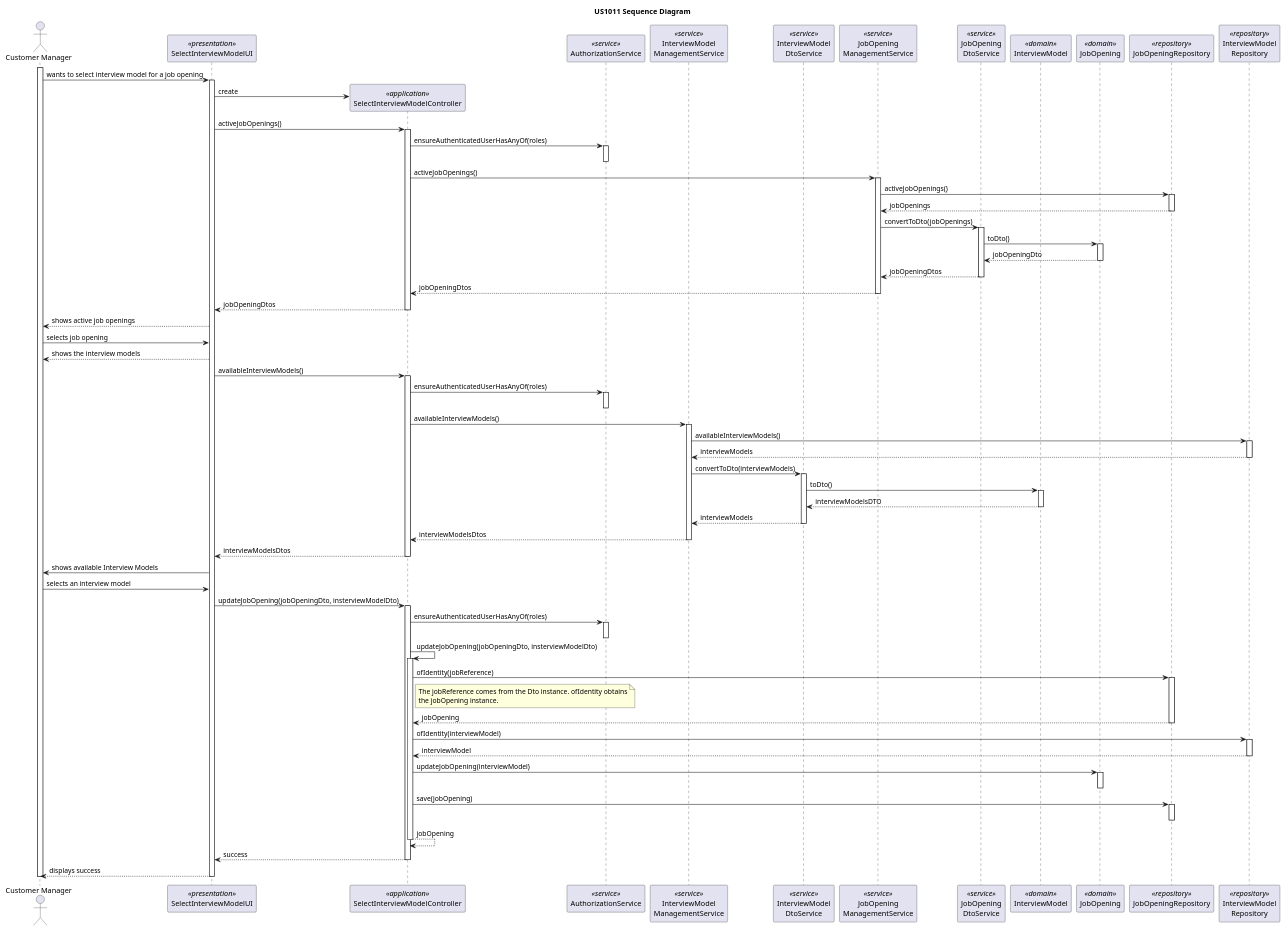
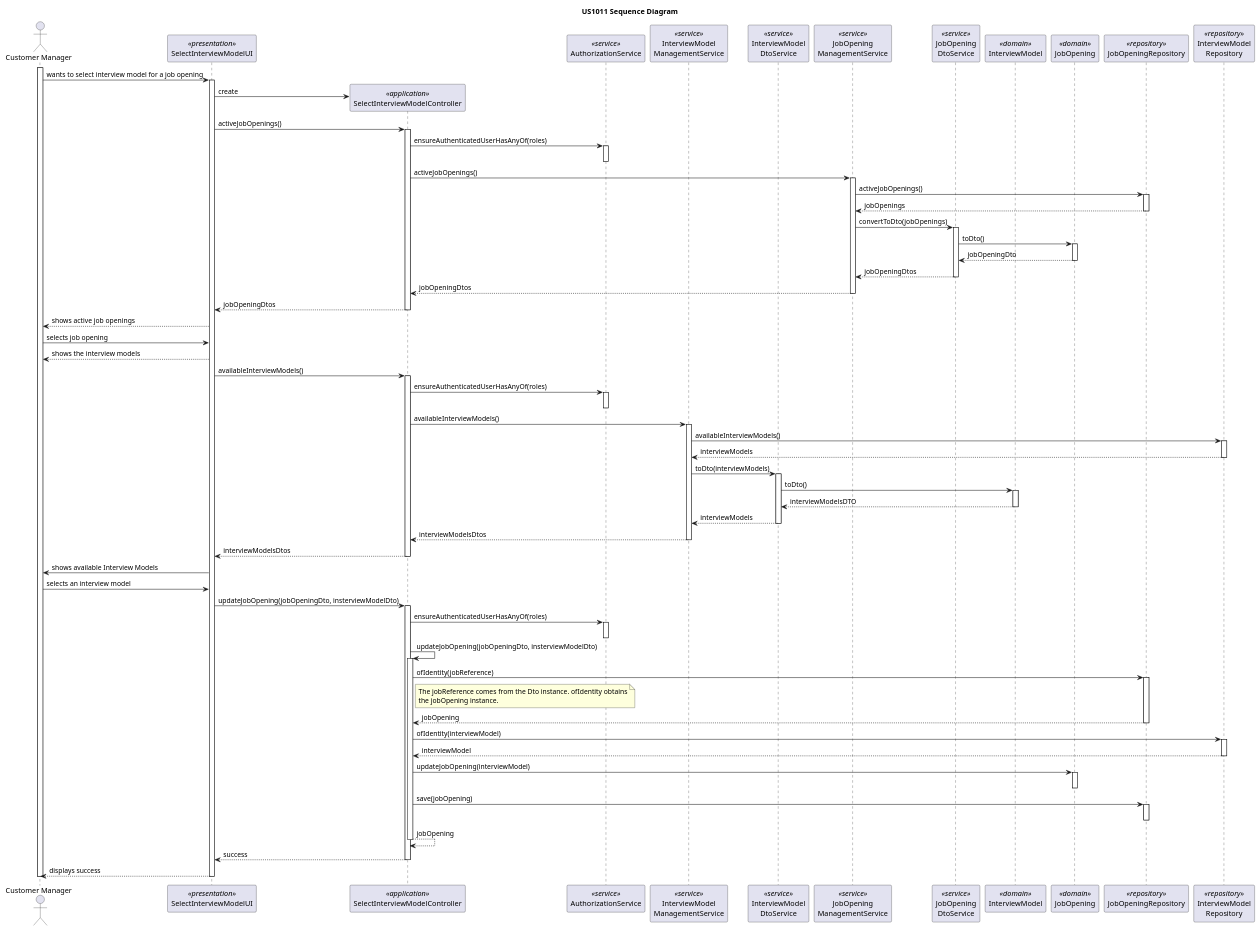
The diagram in docs/sb_us_1011/US1011_SD/sd-us-1011.puml (rita-barbosa/LAPR4-2324), drawn with PlantUML before and after one commit. The commit also changed 7 other files, not shown here.

```diff
--- a/docs/sb_us_1011/US1011_SD/sd-us-1011.puml
+++ b/docs/sb_us_1011/US1011_SD/sd-us-1011.puml
@@ -1,156 +1,156 @@
 @startuml
 
 title US1011 Sequence Diagram
 
 actor "Customer Manager" as USER
 
 participant "SelectInterviewModelUI" as UI <<presentation>>
 participant "SelectInterviewModelController" as CTRL <<application>>
 participant "AuthorizationService" as AUTH <<service>>
 participant "InterviewModel\nManagementService" as IMMS <<service>>
 participant "InterviewModel\nDtoService" as IMDTOService <<service>>
 participant "JobOpening\nManagementService" as JOMS <<service>>
 participant "JobOpening\nDtoService" as JOMS_DTO <<service>>
 participant "InterviewModel" as IM <<domain>>
 participant "JobOpening" as JO <<domain>>
 participant "JobOpeningRepository" as JOREPO <<repository>>
 participant "InterviewModel\nRepository" as IMREPO <<repository>>
 
 
 activate USER
 
 USER -> UI: wants to select interview model for a job opening
 activate UI
 
 UI -> CTRL**: create
 
 UI -> CTRL: activeJobOpenings()
 activate CTRL
 
 
 CTRL -> AUTH:  ensureAuthenticatedUserHasAnyOf(roles)
 activate AUTH
 deactivate AUTH
 
 CTRL ->JOMS: activeJobOpenings()
 activate JOMS
 
 JOMS -> JOREPO: activeJobOpenings()
 activate JOREPO
 
 JOREPO --> JOMS: jobOpenings
 deactivate JOREPO
 
 JOMS -> JOMS_DTO: convertToDto(jobOpenings)
 activate JOMS_DTO
 
 
 JOMS_DTO -> JO: toDto()
 activate JO
 
 JO --> JOMS_DTO: jobOpeningDto
 deactivate JO
 
 
 JOMS_DTO --> JOMS: jobOpeningDtos
 deactivate JOMS_DTO
 
 JOMS --> CTRL: jobOpeningDtos
 deactivate JOMS
 
 CTRL --> UI: jobOpeningDtos
 deactivate CTRL
 
 UI --> USER: shows active job openings
 
 USER -> UI: selects job opening
 
 UI --> USER: shows the interview models
 
 UI -> CTRL: availableInterviewModels()
 activate CTRL
 
 CTRL -> AUTH:  ensureAuthenticatedUserHasAnyOf(roles)
 activate AUTH
 deactivate AUTH
 
 CTRL ->IMMS: availableInterviewModels()
 activate IMMS
 
 IMMS -> IMREPO: availableInterviewModels()
 activate IMREPO
 
 IMREPO --> IMMS: interviewModels
 deactivate IMREPO
 
-IMMS -> IMDTOService: convertToDto(interviewModels)
+IMMS -> IMDTOService: toDto(interviewModels)
 activate IMDTOService
 
 
 IMDTOService -> IM: toDto()
 activate IM
 
 IM --> IMDTOService: interviewModelsDTO
 deactivate IM
 
 IMDTOService --> IMMS: interviewModels
 deactivate IMDTOService
 
 IMMS --> CTRL: interviewModelsDtos
 deactivate IMMS
 
 CTRL --> UI: interviewModelsDtos
 deactivate CTRL
 
 UI -> USER: shows available Interview Models
 USER -> UI: selects an interview model
 
 UI -> CTRL: updateJobOpening(jobOpeningDto, insterviewModelDto)
 activate CTRL
 
 
 CTRL -> AUTH:  ensureAuthenticatedUserHasAnyOf(roles)
 activate AUTH
 deactivate AUTH
 
 CTRL -> CTRL: updateJobOpening(jobOpeningDto, insterviewModelDto)
 activate CTRL
 
 CTRL -> JOREPO: ofIdentity(jobReference)
 activate JOREPO
 
 note right CTRL
 The jobReference comes from the Dto instance. ofIdentity obtains
 the jobOpening instance.
 end note
 
 JOREPO --> CTRL: jobOpening
 deactivate JOREPO
 
 CTRL -> IMREPO: ofIdentity(interviewModel)
 activate IMREPO
 
 
 
 IMREPO --> CTRL: interviewModel
 deactivate IMREPO
 
 CTRL -> JO: updateJobOpening(interviewModel)
 activate JO
 deactivate JO
 
 CTRL -> JOREPO: save(jobOpening)
 activate JOREPO
 deactivate JOREPO
 
 CTRL --> CTRL: jobOpening
 deactivate CTRL
 
 CTRL --> UI: success
 deactivate CTRL
 
 UI --> USER: displays success
 deactivate UI
 deactivate USER
 
 @enduml
```
